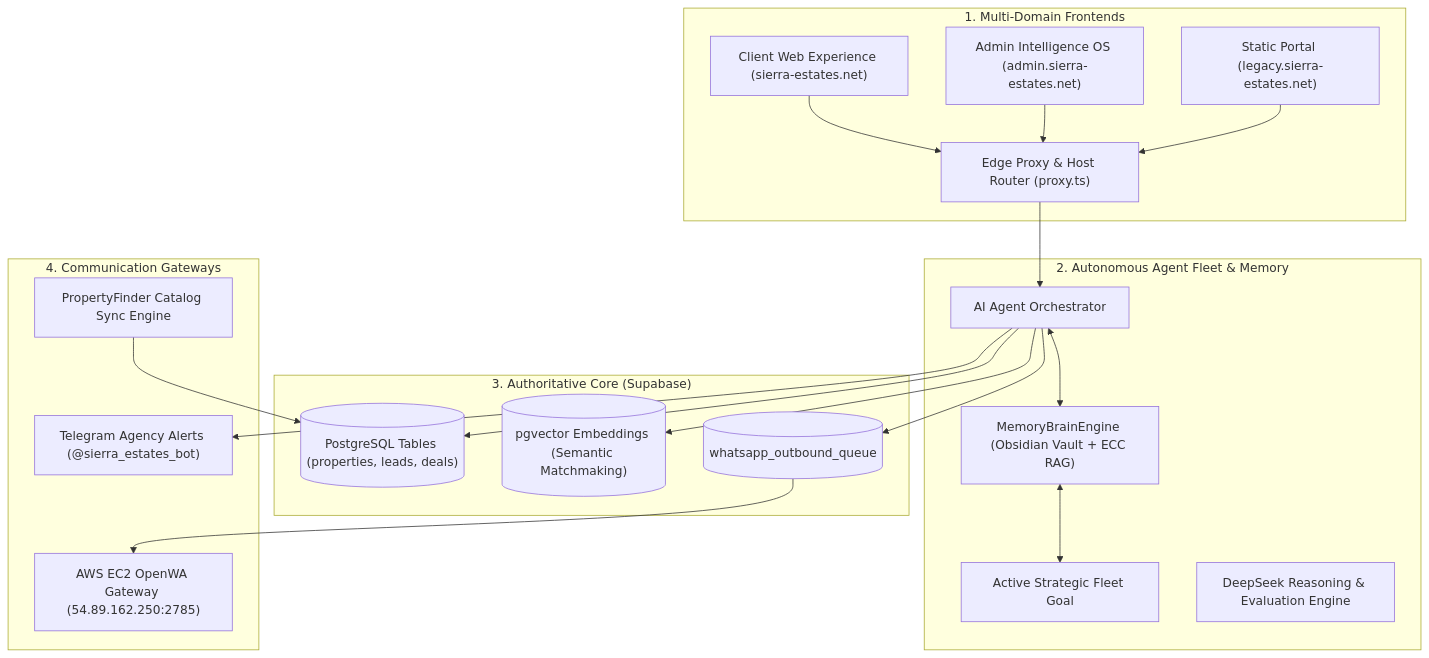
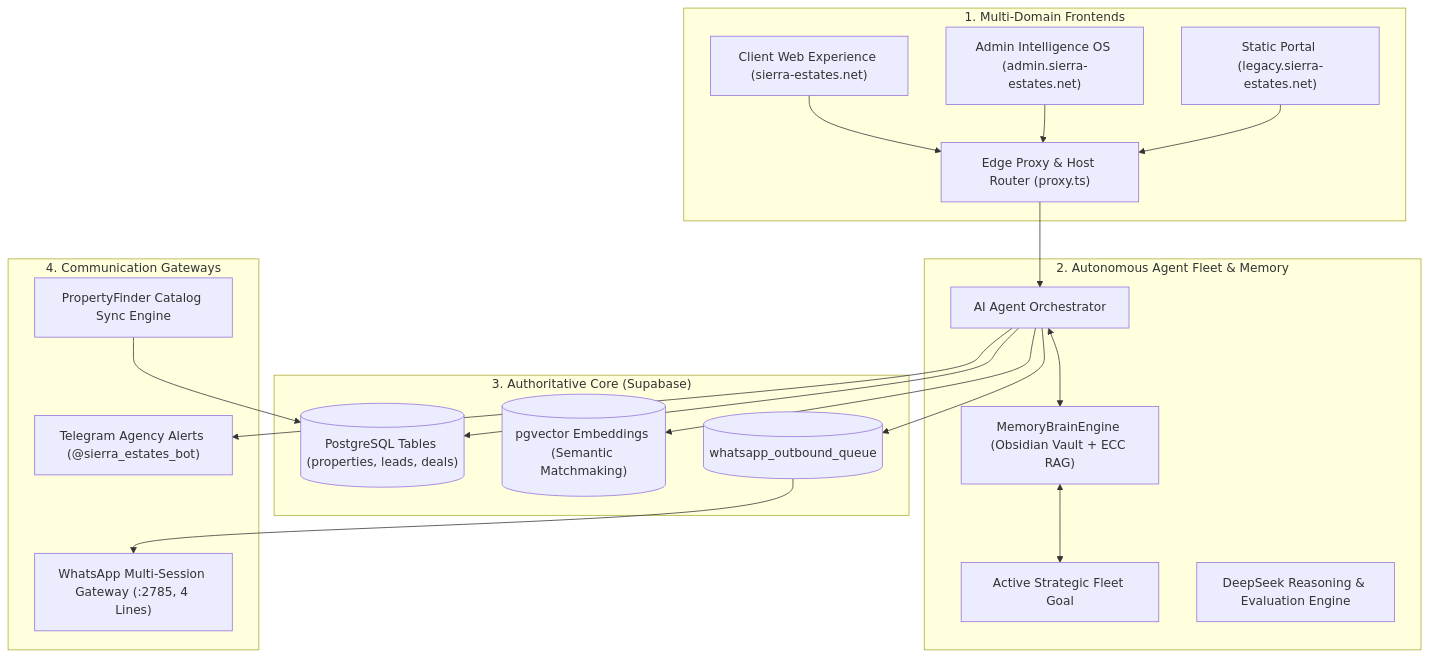
Before and after one commit to afawzy886619888866-cloud/Sierra-Estates: the first of 2 diagrams in README.md, drawn with Mermaid. The commit also changed other lines of this file and 10 other files, not shown here.

Commit message:
fix(security): resolve all 120 CodeQL and Dependabot issues and update architecture docs

````diff
--- a/README.md
+++ b/README.md
@@ -50,43 +50,43 @@
 ```mermaid
 flowchart TD
     subgraph Clients ["1. Multi-Domain Frontends"]
         PORTAL["Client Web Experience (sierra-estates.net)"]
         ADMIN["Admin Intelligence OS (admin.sierra-estates.net)"]
         LEGACY["Static Portal (legacy.sierra-estates.net)"]
         PROXY["Edge Proxy & Host Router (proxy.ts)"]
     end
 
     subgraph Agents ["2. Autonomous Agent Fleet & Memory"]
         ORCH["AI Agent Orchestrator"]
         BRAIN["MemoryBrainEngine (Obsidian Vault + ECC RAG)"]
         GOAL["Active Strategic Fleet Goal"]
         HARNESS["DeepSeek Reasoning & Evaluation Engine"]
     end
 
     subgraph Core ["3. Authoritative Core (Supabase)"]
         DB[("PostgreSQL Tables (properties, leads, deals)")]
         VEC[("pgvector Embeddings (Semantic Matchmaking)")]
         QUEUE[("whatsapp_outbound_queue")]
     end
 
     subgraph Outreach ["4. Communication Gateways"]
-        WA["AWS EC2 OpenWA Gateway (54.89.162.250:2785)"]
+        WA["WhatsApp Multi-Session Gateway (:2785, 4 Lines)"]
         TG["Telegram Agency Alerts (@sierra_estates_bot)"]
         PF["PropertyFinder Catalog Sync Engine"]
     end
 
     PORTAL --> PROXY
     ADMIN --> PROXY
     LEGACY --> PROXY
     PROXY --> ORCH
 
     ORCH <--> BRAIN
     BRAIN <--> GOAL
     ORCH --> DB
     ORCH --> VEC
     ORCH --> QUEUE
     ORCH --> TG
 
     QUEUE --> WA
     PF --> DB
 ```
````
